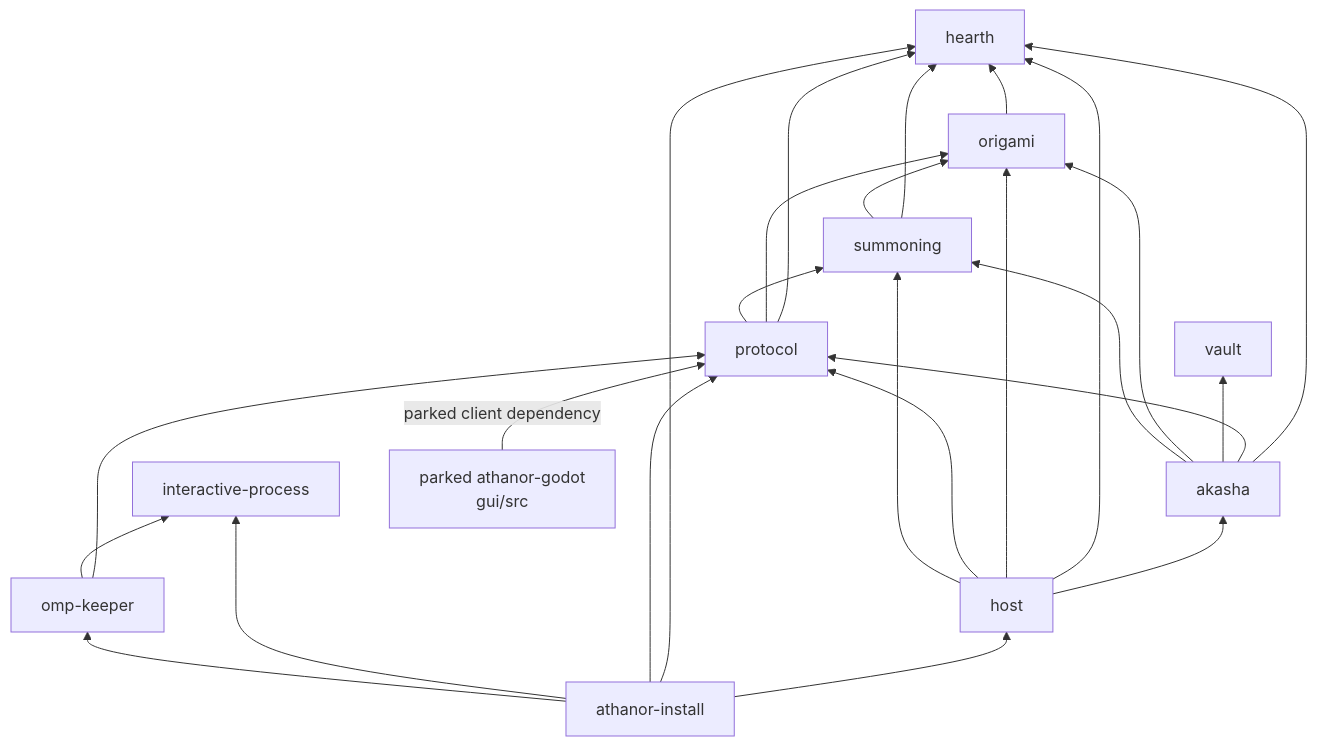
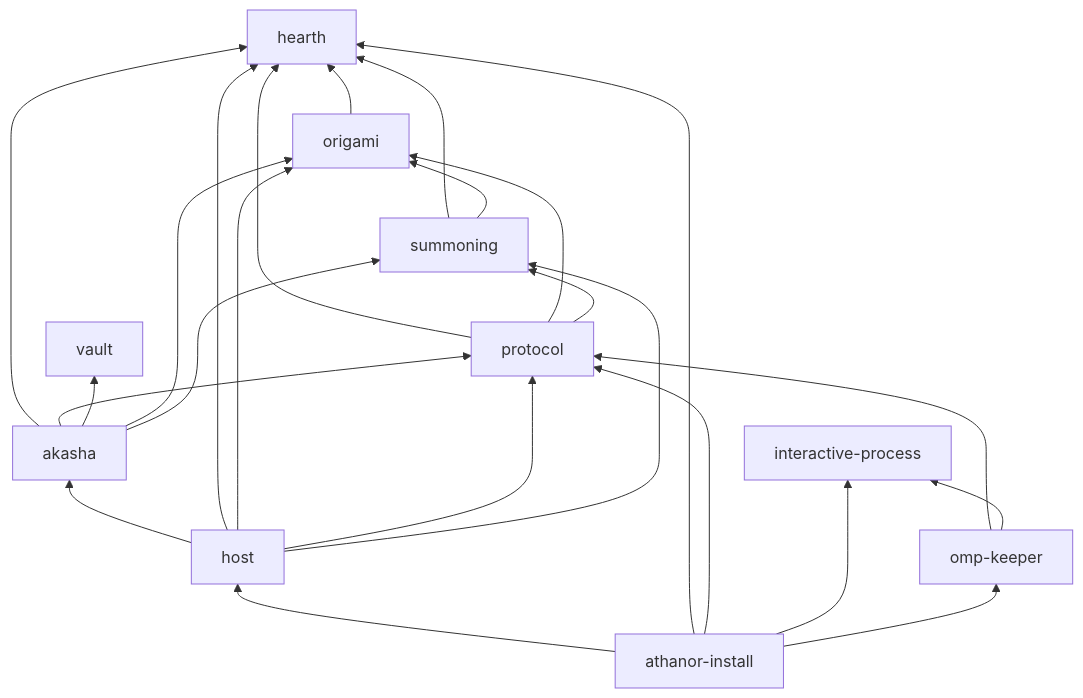
One commit to solarisael/the-athanor changed the second of 16 diagrams in docs/CODE_FLOW_MAP.md. Above: the diagram before and after it, drawn with Mermaid. The commit also changed other lines of this file and 431 other files, not shown here.

First line of the commit message:
Stop shipping the parked Godot client

````diff
--- a/docs/CODE_FLOW_MAP.md
+++ b/docs/CODE_FLOW_MAP.md
@@ -90,39 +89,37 @@
 ```mermaid
 flowchart BT
     Hearth["hearth"]
     Origami["origami"]
     Summoning["summoning"]
     Protocol["protocol"]
     Vault["vault"]
     Akasha["akasha"]
     Host["host"]
     Keeper["omp-keeper"]
     Interactive["interactive-process"]
     Install["athanor-install"]
-    Godot["parked athanor-godot<br/>gui/src"]
 
     Origami --> Hearth
     Summoning --> Hearth
     Summoning --> Origami
     Protocol --> Hearth
     Protocol --> Origami
     Protocol --> Summoning
     Akasha --> Hearth
     Akasha --> Protocol
     Akasha --> Vault
     Akasha --> Origami
     Akasha --> Summoning
     Host --> Akasha
     Host --> Hearth
     Host --> Origami
     Host --> Protocol
     Host --> Summoning
     Keeper --> Protocol
     Keeper --> Interactive
     Install --> Host
     Install --> Hearth
     Install --> Protocol
     Install --> Interactive
     Install --> Keeper
-    Godot -->|parked client dependency| Protocol
 ```
````
